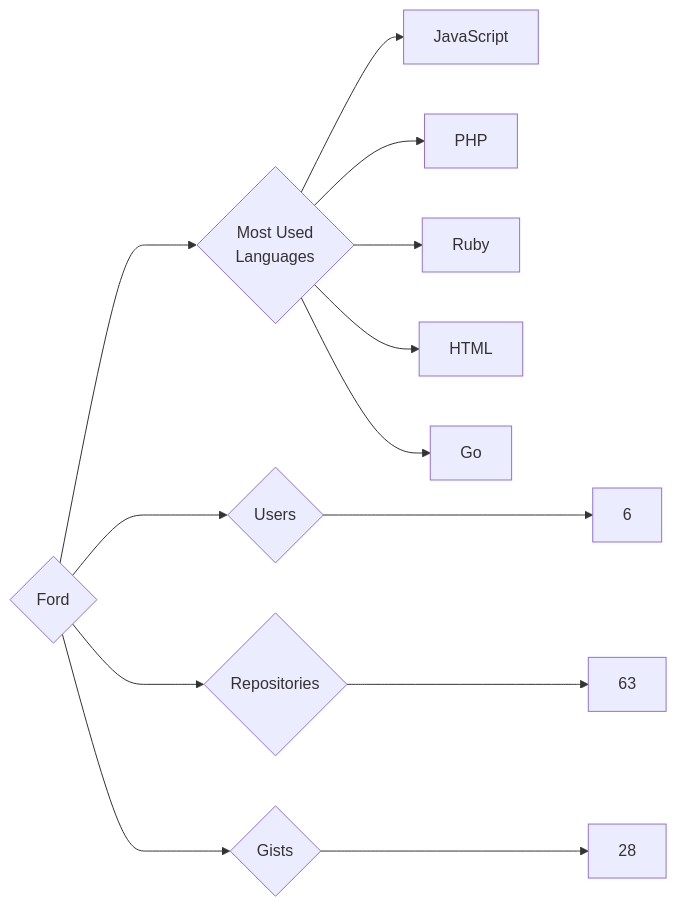
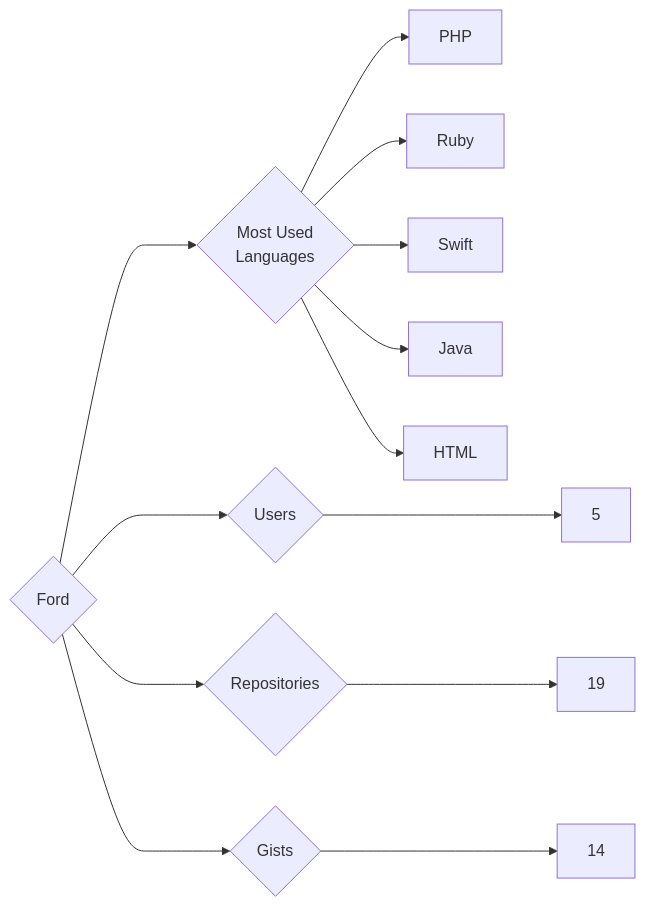
One commit to trickest/insiders changed the diagram in targets/Ford/README.md. Above: the diagram before and after it, drawn with Mermaid. The commit also changed 1141 other files, not shown here.

````diff
--- a/targets/Ford/README.md
+++ b/targets/Ford/README.md
@@ -3,13 +3,13 @@
 ```mermaid
 graph LR
 COMPANY_NAME{Ford}
-COMPANY_NAME ---> U{Users} ---> UN[6]
-COMPANY_NAME ---> R{Repositories} ---> RN[63]
-COMPANY_NAME ---> G{Gists} ---> GN[28]
+COMPANY_NAME ---> U{Users} ---> UN[5]
+COMPANY_NAME ---> R{Repositories} ---> RN[19]
+COMPANY_NAME ---> G{Gists} ---> GN[14]
 COMPANY_NAME ---> ML{Most Used<br>Languages}
-ML --> JavaScript[JavaScript]
 ML --> PHP[PHP]
 ML --> Ruby[Ruby]
+ML --> Swift[Swift]
+ML --> Java[Java]
 ML --> HTML[HTML]
-ML --> Go[Go]
 ```
````
